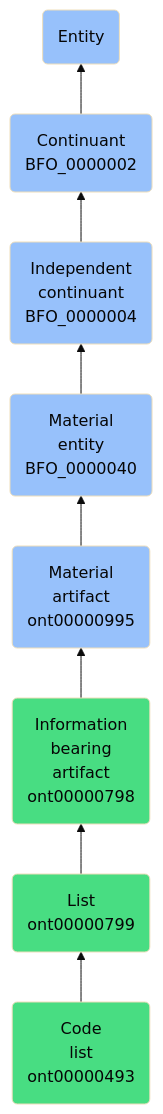
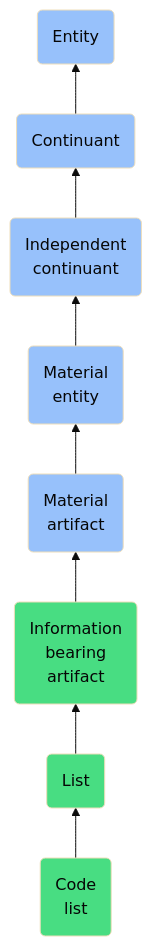
One commit to jupyter-naas/abi changed the diagram in docs/ontology/reference/model/Entity/Continuant/Independent continuant/Material entity/Material artifact/Information bearing artifact/List/Code list/Code list.md. Above: the diagram before and after it, drawn with Mermaid (base theme). The commit also changed other lines of this file and 1430 other files, not shown here.

````diff
--- a/docs/ontology/reference/model/Entity/Continuant/Independent continuant/Material entity/Material artifact/Information bearing artifact/List/Code list/Code list.md
+++ b/docs/ontology/reference/model/Entity/Continuant/Independent continuant/Material entity/Material artifact/Information bearing artifact/List/Code list/Code list.md
@@ -24,15 +24,15 @@
 ```mermaid
 graph BT
-    ont00000493(Code<br>list<br>ont00000493):::ABI-->ont00000799
-    ont00000799(List<br>ont00000799):::ABI-->ont00000798
-    ont00000798(Information<br>bearing<br>artifact<br>ont00000798):::ABI-->ont00000995
-    ont00000995(Material<br>artifact<br>ont00000995):::BFO-->BFO_0000040
-    BFO_0000040(Material<br>entity<br>BFO_0000040):::BFO-->BFO_0000004
-    BFO_0000004(Independent<br>continuant<br>BFO_0000004):::BFO-->BFO_0000002
-    BFO_0000002(Continuant<br>BFO_0000002):::BFO-->BFO_0000001
+    ont00000493(Code<br>list):::ABI-->ont00000799
+    ont00000799(List):::ABI-->ont00000798
+    ont00000798(Information<br>bearing<br>artifact):::ABI-->ont00000995
+    ont00000995(Material<br>artifact):::BFO-->BFO_0000040
+    BFO_0000040(Material<br>entity):::BFO-->BFO_0000004
+    BFO_0000004(Independent<br>continuant):::BFO-->BFO_0000002
+    BFO_0000002(Continuant):::BFO-->BFO_0000001
     BFO_0000001(Entity):::BFO
     
     classDef BFO fill:#97c1fb,color:#060606
     classDef CCO fill:#e4c51e,color:#060606
     classDef ABI fill:#48DD82,color:#060606
 ```
````
